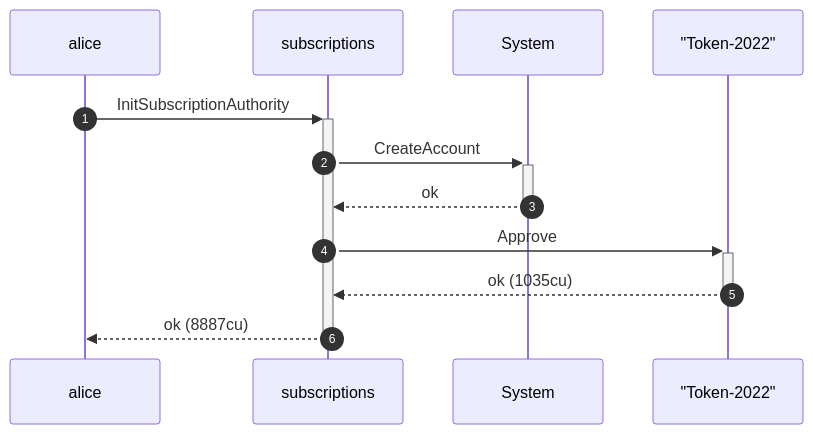
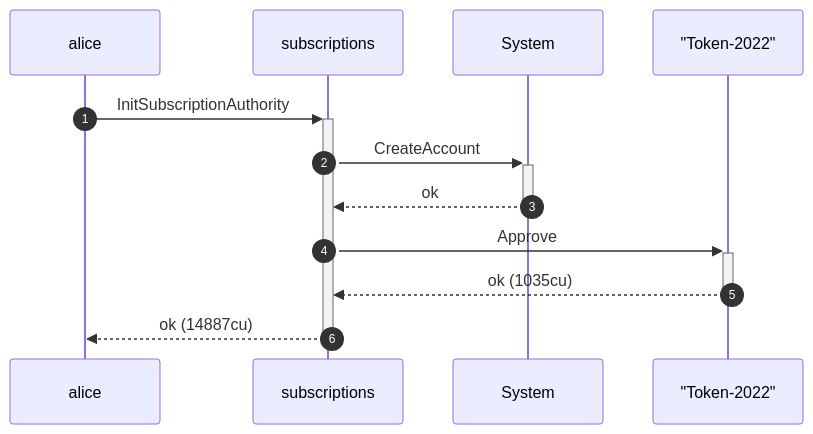
The second of 12 diagrams in dsl_tests/recurring-transfer-over-a-token-2022-confidential-transfer-mint.md (cds-rs/subscriptions), drawn with Mermaid before and after one commit. The commit also changed other lines of this file and 224 other files, not shown here.

````diff
--- a/dsl_tests/recurring-transfer-over-a-token-2022-confidential-transfer-mint.md
+++ b/dsl_tests/recurring-transfer-over-a-token-2022-confidential-transfer-mint.md
@@ -38,14 +39,14 @@
 ```mermaid
 sequenceDiagram
     autonumber
     participant alice
     participant subscriptions
     participant System
     participant Token_2022 as "Token-2022"
     alice ->>+ subscriptions: InitSubscriptionAuthority
     subscriptions ->>+ System: CreateAccount
     System -->>- subscriptions: ok
     subscriptions ->>+ Token_2022: Approve
     Token_2022 -->>- subscriptions: ok (1035cu)
-    subscriptions -->>- alice: ok (8887cu)
+    subscriptions -->>- alice: ok (14887cu)
 ```
````
